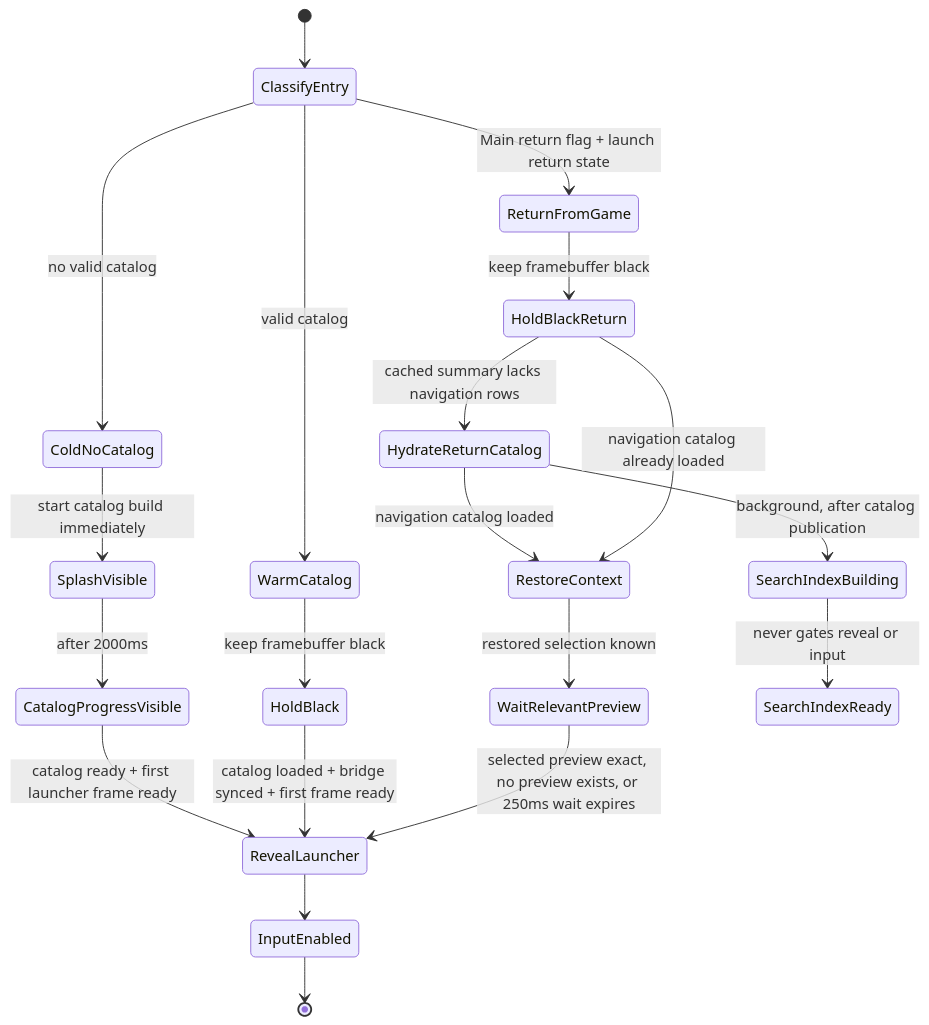
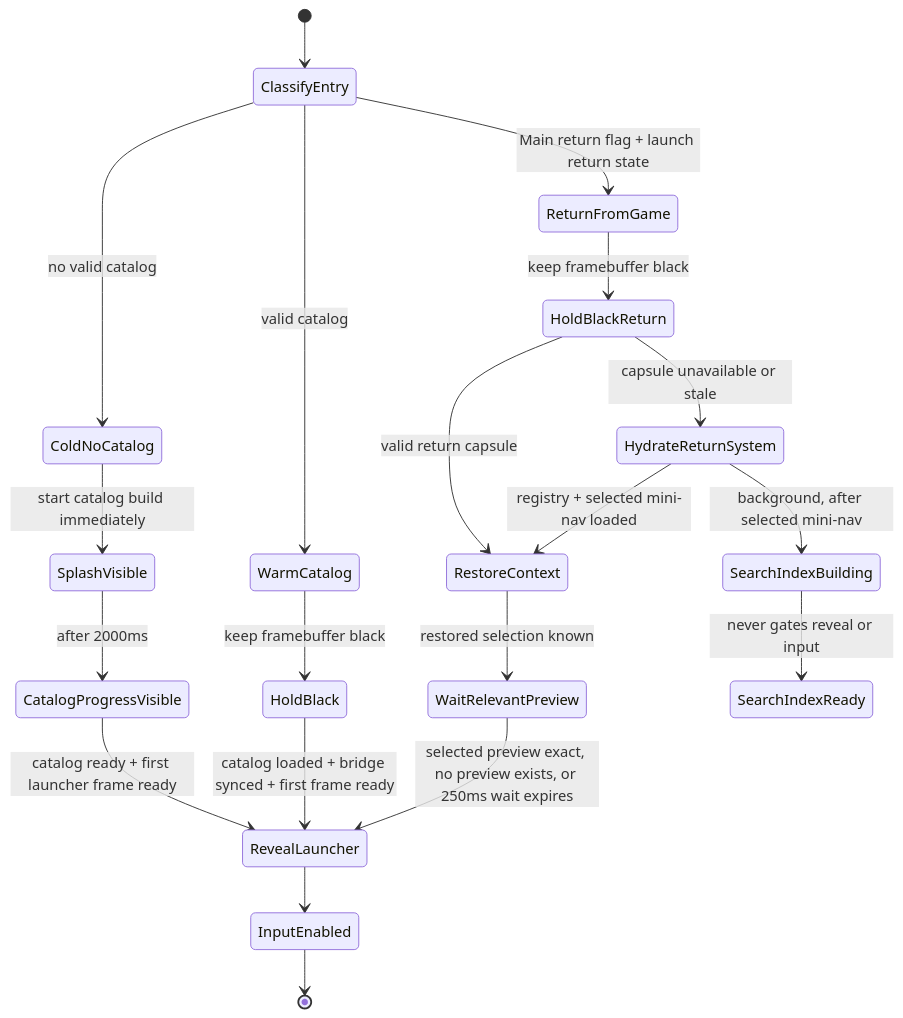
The third of 4 diagrams in docs/architecture.md (NigelBreslaw/MiSTer-MagiK), drawn with Mermaid before and after one commit. The commit also changed other lines of this file and 7 other files, not shown here.

````diff
--- a/docs/architecture.md
+++ b/docs/architecture.md
@@ -302,28 +302,28 @@
 ```mermaid
 stateDiagram-v2
     [*] --> ClassifyEntry
 
     ClassifyEntry --> ColdNoCatalog: no valid catalog
     ClassifyEntry --> WarmCatalog: valid catalog
     ClassifyEntry --> ReturnFromGame: Main return flag + launch return state
 
     ColdNoCatalog --> SplashVisible: start catalog build immediately
     SplashVisible --> CatalogProgressVisible: after 2000ms
     CatalogProgressVisible --> RevealLauncher: catalog ready + first launcher frame ready
 
     WarmCatalog --> HoldBlack: keep framebuffer black
     HoldBlack --> RevealLauncher: catalog loaded + bridge synced + first frame ready
 
     ReturnFromGame --> HoldBlackReturn: keep framebuffer black
-    HoldBlackReturn --> HydrateReturnCatalog: cached summary lacks navigation rows
-    HydrateReturnCatalog --> RestoreContext: navigation catalog loaded
-    HoldBlackReturn --> RestoreContext: navigation catalog already loaded
+    HoldBlackReturn --> RestoreContext: valid return capsule
+    HoldBlackReturn --> HydrateReturnSystem: capsule unavailable or stale
+    HydrateReturnSystem --> RestoreContext: registry + selected mini-nav loaded
     RestoreContext --> WaitRelevantPreview: restored selection known
     WaitRelevantPreview --> RevealLauncher: selected preview exact, no preview exists, or 250ms wait expires
 
-    HydrateReturnCatalog --> SearchIndexBuilding: background, after catalog publication
+    HydrateReturnSystem --> SearchIndexBuilding: background, after selected mini-nav
     SearchIndexBuilding --> SearchIndexReady: never gates reveal or input
 
     RevealLauncher --> InputEnabled
     InputEnabled --> [*]
 ```
````
